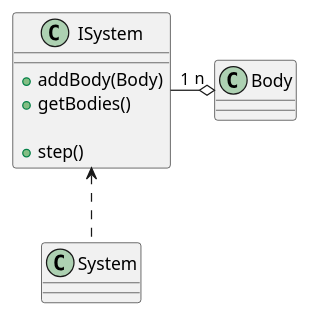
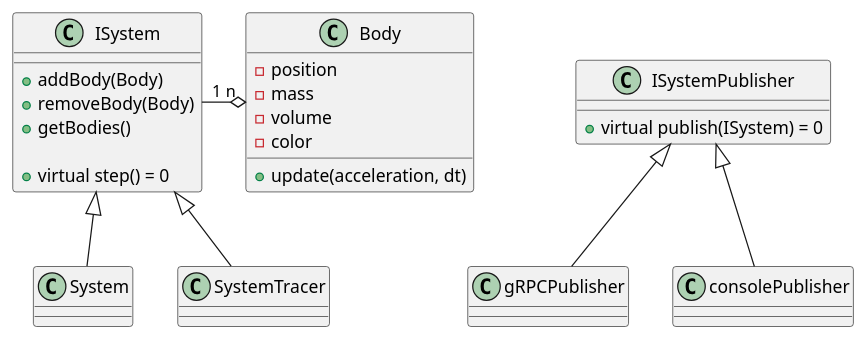
Before and after one commit to Marcus-Forte/n-body-simulator: the diagram in doc/system.puml, drawn with PlantUML.

```diff
--- a/doc/system.puml
+++ b/doc/system.puml
@@ -1,18 +1,41 @@
 @startuml nbodysystem
 
 Class ISystem {
     +addBody(Body)
+    +removeBody(Body)
     +getBodies()
-    
-    +step()
+
+    + virtual step() = 0
 }
 
 class System { 
+}
+
+Class SystemTracer {
+}
+
+class Body {
+    +update(acceleration, dt)
+    -position
+    -mass
+    -volume
+    -color
+}
+
+class ISystemPublisher {
+    +virtual publish(ISystem) = 0
+}
+
+class gRPCPublisher {
 
 }
 
-ISystem <.. System
+class consolePublisher {}
 
+ISystem <|-- System
+ISystem <|-- SystemTracer
+ISystem "1" -o "n" Body 
 
-ISystem "1" -o "n" Body
+ISystemPublisher <|-- gRPCPublisher
+ISystemPublisher <|-- consolePublisher
 @enduml
```
